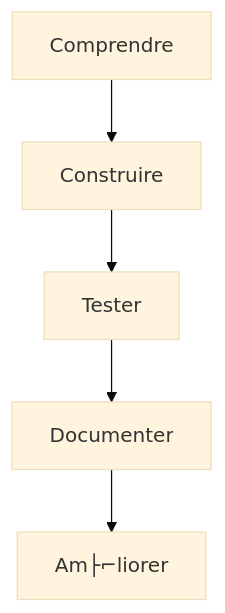
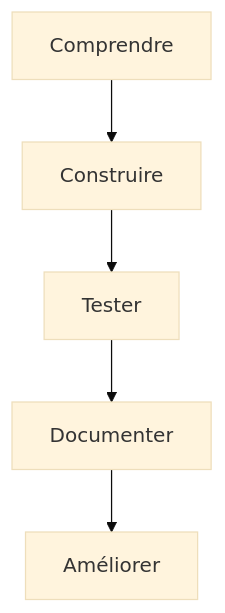
Before and after one commit to SP-MMIBdx/M2-weux-projet-dev-ux: the eighth of 8 diagrams in docs/plan_dev.md, drawn with Mermaid (base theme). The commit also changed other lines of this file and 3 other files, not shown here.

````diff
--- a/docs/plan_dev.md
+++ b/docs/plan_dev.md
@@ -608,12 +600,12 @@
 ```mermaid
 flowchart TD
     N0["Comprendre"]
     N1["Construire"]
     N2["Tester"]
     N3["Documenter"]
-    N4["Am├⌐liorer"]
+    N4["Améliorer"]
     N0 --> N1
     N1 --> N2
     N2 --> N3
     N3 --> N4
 ```
````
